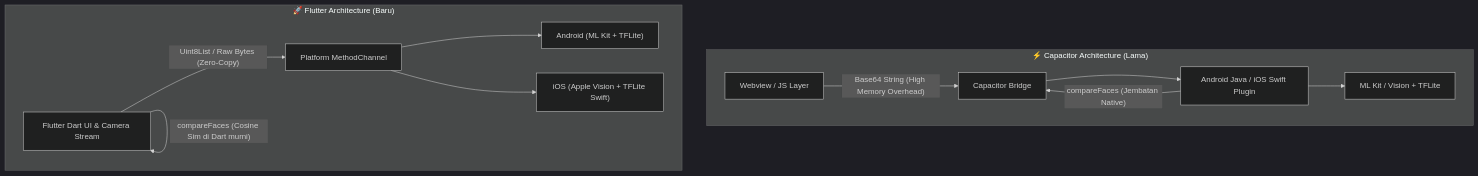
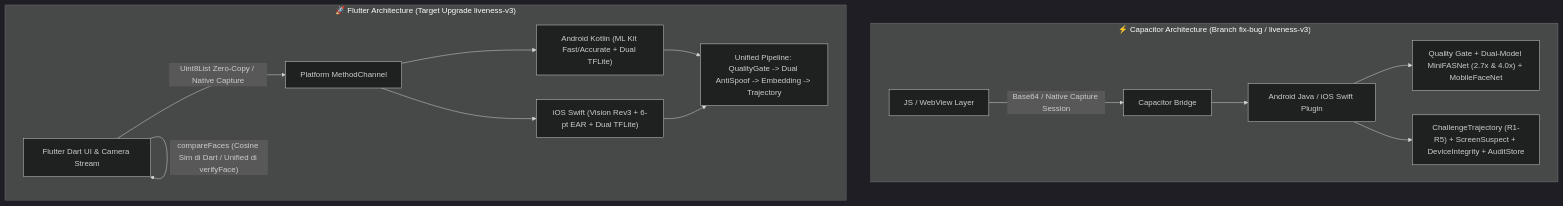
Before and after one commit to Andrew-Hardianto/flutter_face_recognition: the first of 2 diagrams in docs/plan_migrasi_flutter.md, drawn with Mermaid (dark theme). The commit also changed other lines of this file, not shown here.

````diff
--- a/docs/plan_migrasi_flutter.md
+++ b/docs/plan_migrasi_flutter.md
@@ -9,16 +9,18 @@
 ```mermaid
 flowchart TD
-    subgraph Capacitor["⚡ Capacitor Architecture (Lama)"]
-        A1["Webview / JS Layer"] -->|"Base64 String (High Memory Overhead)"| B1["Capacitor Bridge"]
+    subgraph Capacitor["⚡ Capacitor Architecture (Branch fix-bug / liveness-v3)"]
+        A1["JS / WebView Layer"] -->|"Base64 / Native Capture Session"| B1["Capacitor Bridge"]
         B1 --> C1["Android Java / iOS Swift Plugin"]
-        C1 --> D1["ML Kit / Vision + TFLite"]
-        C1 -->|"compareFaces (Jembatan Native)"| B1
+        C1 --> D1["Quality Gate + Dual-Model MiniFASNet (2.7x & 4.0x) + MobileFaceNet"]
+        C1 --> E1["ChallengeTrajectory (R1-R5) + ScreenSuspect + DeviceIntegrity + AuditStore"]
     end
 
-    subgraph Flutter["🚀 Flutter Architecture (Baru)"]
-        A2["Flutter Dart UI & Camera Stream"] -->|"Uint8List / Raw Bytes (Zero-Copy)"| B2["Platform MethodChannel"]
-        B2 --> C2["Android (ML Kit + TFLite)"]
-        B2 --> D2["iOS (Apple Vision + TFLite Swift)"]
-        A2 -->|"compareFaces (Cosine Sim di Dart murni)"| A2
+    subgraph Flutter["🚀 Flutter Architecture (Target Upgrade liveness-v3)"]
+        A2["Flutter Dart UI & Camera Stream"] -->|"Uint8List Zero-Copy / Native Capture"| B2["Platform MethodChannel"]
+        B2 --> C2["Android Kotlin (ML Kit Fast/Accurate + Dual TFLite)"]
+        B2 --> D2["iOS Swift (Vision Rev3 + 6-pt EAR + Dual TFLite)"]
+        C2 --> E2["Unified Pipeline: QualityGate -> Dual AntiSpoof -> Embedding -> Trajectory"]
+        D2 --> E2
+        A2 -->|"compareFaces (Cosine Sim di Dart / Unified di verifyFace)"| A2
     end
 ```
````
